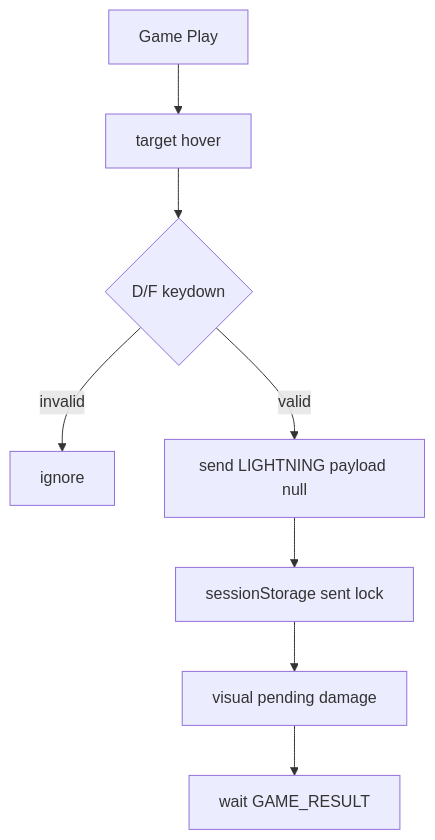
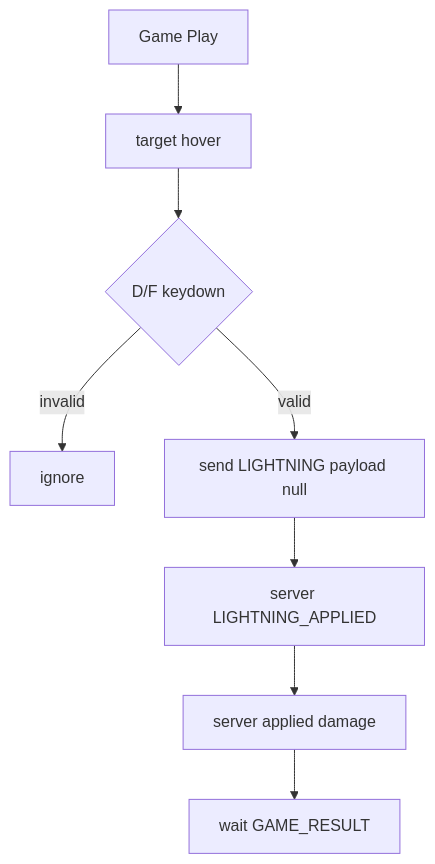
One commit to moonwhistle/League-of-Star changed the second of 2 diagrams in docs/antigravity/frontend/issue-92-lightning-combat-input-ui.md. Above: the diagram before and after it, drawn with Mermaid. The commit also changed other lines of this file and 7 other files, not shown here.

````diff
--- a/docs/antigravity/frontend/issue-92-lightning-combat-input-ui.md
+++ b/docs/antigravity/frontend/issue-92-lightning-combat-input-ui.md
@@ -296,10 +350,10 @@
 ```mermaid
 flowchart TD
     A["Game Play"] --> B["target hover"]
     B --> C{"D/F keydown"}
     C -->|invalid| D["ignore"]
     C -->|valid| E["send LIGHTNING payload null"]
-    E --> F["sessionStorage sent lock"]
-    F --> G["visual pending damage"]
+    E --> F["server LIGHTNING_APPLIED"]
+    F --> G["server applied damage"]
     G --> H["wait GAME_RESULT"]
 ```
````
